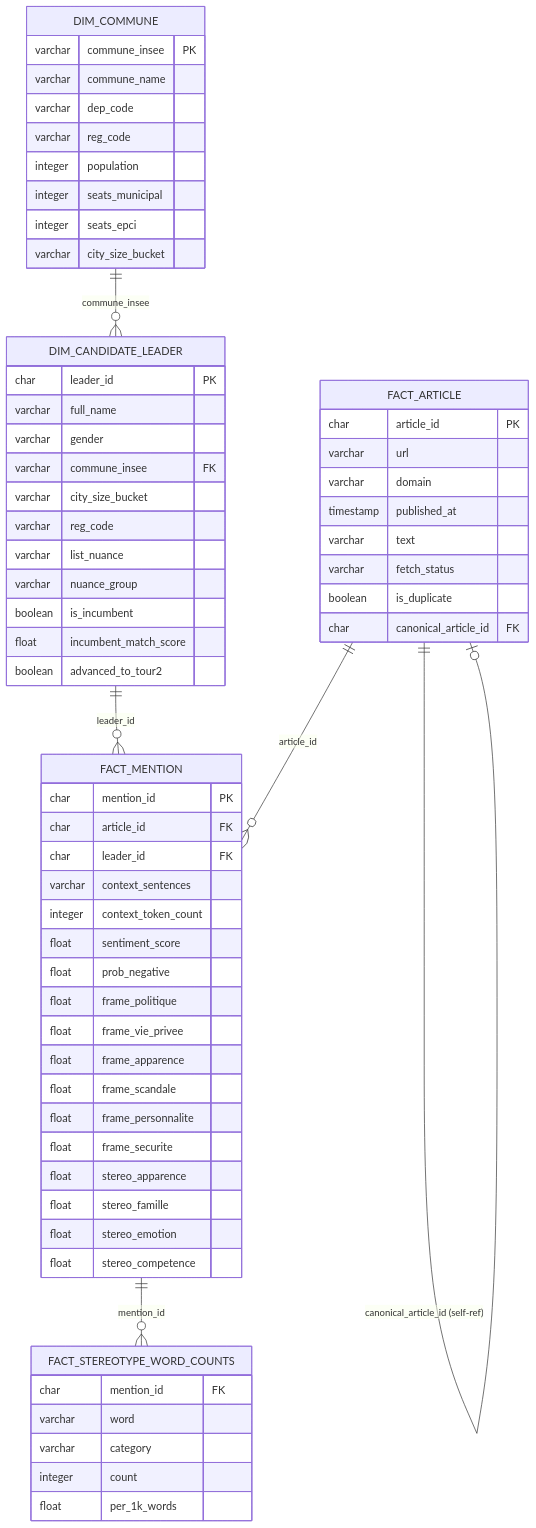
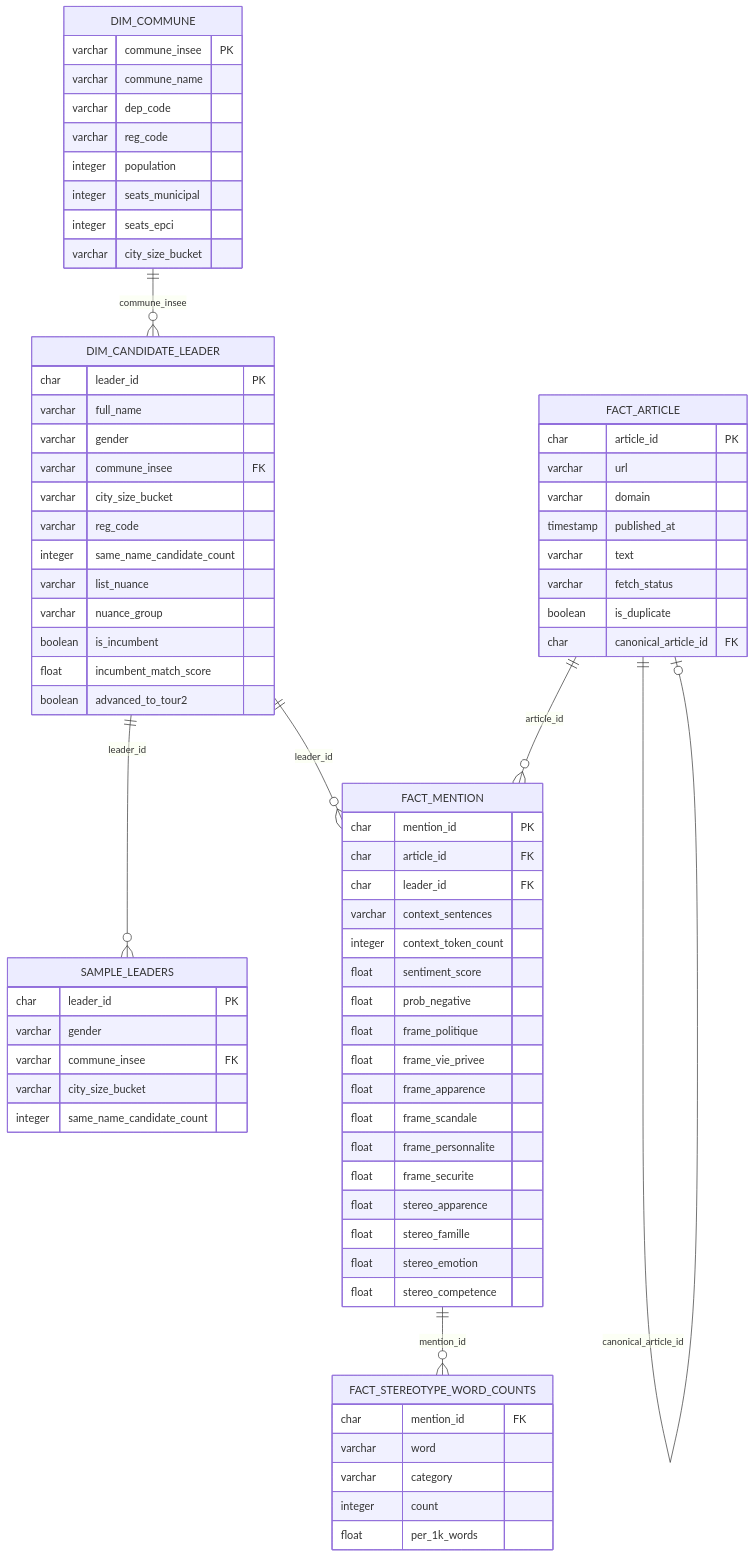
One commit to cchoooots98/election-gender-bias_D4W changed the second of 2 diagrams in docs/architecture.md. Above: the diagram before and after it, drawn with Mermaid. The commit also changed other lines of this file and 25 other files, not shown here.

````diff
--- a/docs/architecture.md
+++ b/docs/architecture.md
@@ -79,72 +99,82 @@
 ```mermaid
 erDiagram
     DIM_COMMUNE {
         varchar commune_insee PK
         varchar commune_name
         varchar dep_code
         varchar reg_code
         integer population
         integer seats_municipal
         integer seats_epci
         varchar city_size_bucket
     }
 
     DIM_CANDIDATE_LEADER {
         char    leader_id PK
         varchar full_name
         varchar gender
         varchar commune_insee FK
         varchar city_size_bucket
         varchar reg_code
+        integer same_name_candidate_count
         varchar list_nuance
         varchar nuance_group
         boolean is_incumbent
         float   incumbent_match_score
         boolean advanced_to_tour2
+    }
+
+    SAMPLE_LEADERS {
+        char    leader_id PK
+        varchar gender
+        varchar commune_insee FK
+        varchar city_size_bucket
+        integer same_name_candidate_count
     }
 
     FACT_ARTICLE {
         char      article_id PK
         varchar   url
         varchar   domain
         timestamp published_at
         varchar   text
         varchar   fetch_status
         boolean   is_duplicate
         char      canonical_article_id FK
     }
 
     FACT_MENTION {
         char    mention_id PK
         char    article_id FK
         char    leader_id FK
         varchar context_sentences
         integer context_token_count
         float   sentiment_score
         float   prob_negative
         float   frame_politique
         float   frame_vie_privee
         float   frame_apparence
         float   frame_scandale
         float   frame_personnalite
         float   frame_securite
         float   stereo_apparence
         float   stereo_famille
         float   stereo_emotion
         float   stereo_competence
     }
 
     FACT_STEREOTYPE_WORD_COUNTS {
         char    mention_id FK
         varchar word
         varchar category
         integer count
         float   per_1k_words
     }
 
     DIM_COMMUNE ||--o{ DIM_CANDIDATE_LEADER : "commune_insee"
+    DIM_CANDIDATE_LEADER ||--o{ SAMPLE_LEADERS : "leader_id"
     DIM_CANDIDATE_LEADER ||--o{ FACT_MENTION : "leader_id"
     FACT_ARTICLE ||--o{ FACT_MENTION : "article_id"
-    FACT_ARTICLE ||--o| FACT_ARTICLE : "canonical_article_id (self-ref)"
+    FACT_ARTICLE ||--o| FACT_ARTICLE : "canonical_article_id"
     FACT_MENTION ||--o{ FACT_STEREOTYPE_WORD_COUNTS : "mention_id"
 ```
````
